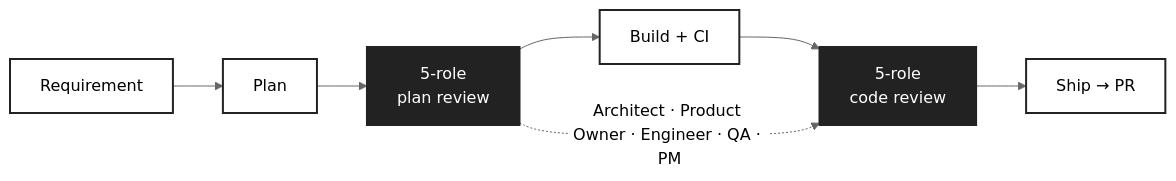
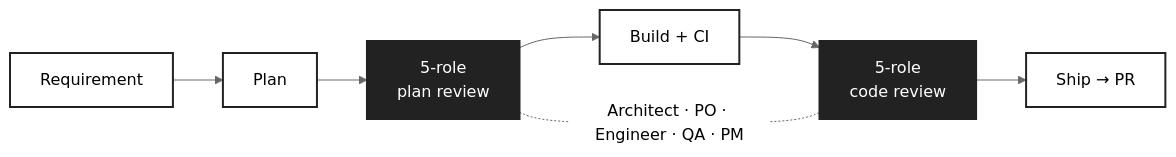
Before and after one commit to arthaszeng/harness-flow: the second of 3 diagrams in README.md, drawn with Mermaid (neutral theme). The commit also changed other lines of this file and 1 other file, not shown here.

````diff
--- a/README.md
+++ b/README.md
@@ -93,17 +93,17 @@
 ```mermaid
 flowchart LR
   Req["Requirement"] --> Plan["Plan"]
   Plan --> PlanReview["5-role\nplan review"]
   PlanReview --> Build["Build + CI"]
   Build --> CodeReview["5-role\ncode review"]
   CodeReview --> Ship["Ship → PR"]
 
-  PlanReview -.->|"Architect · Product Owner · Engineer · QA · PM"| CodeReview
+  PlanReview -.-|"Architect · PO · Engineer · QA · PM"| CodeReview
 
   style Req fill:#fff,stroke:#222,stroke-width:2px,color:#000
   style Plan fill:#fff,stroke:#222,stroke-width:2px,color:#000
   style PlanReview fill:#222,stroke:#222,stroke-width:2px,color:#fff
   style Build fill:#fff,stroke:#222,stroke-width:2px,color:#000
   style CodeReview fill:#222,stroke:#222,stroke-width:2px,color:#fff
   style Ship fill:#fff,stroke:#222,stroke-width:2px,color:#000
 ```
````
